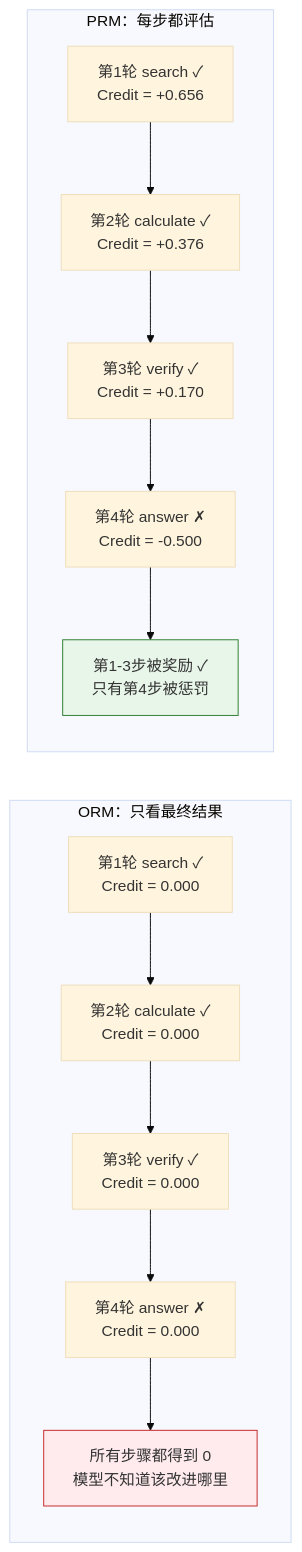
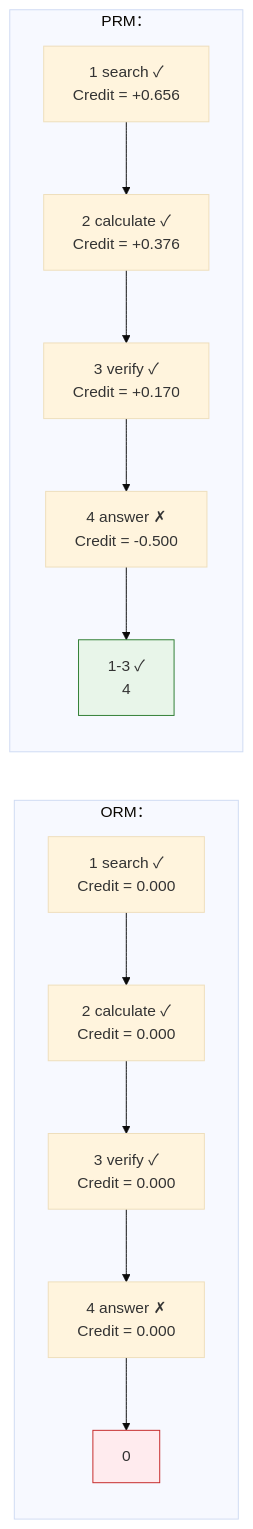
Before and after one commit to letslego/hands-on-modern-rl: the third of 4 diagrams in docs/chapter10_agentic_rl/multi-turn-rl.md, drawn with Mermaid (base theme). The commit also changed other lines of this file and 267 other files, not shown here.

````diff
--- a/docs/chapter10_agentic_rl/multi-turn-rl.md
+++ b/docs/chapter10_agentic_rl/multi-turn-rl.md
@@ -852,19 +852,19 @@
 ```mermaid
 flowchart LR
-    subgraph ORM ["ORM：只看最终结果"]
-        O1["第1轮 search ✓\nCredit = 0.000"] --> O2["第2轮 calculate ✓\nCredit = 0.000"]
-        O2 --> O3["第3轮 verify ✓\nCredit = 0.000"]
-        O3 --> O4["第4轮 answer ✗\nCredit = 0.000"]
-        O4 --> O5["所有步骤都得到 0\n模型不知道该改进哪里"]
+    subgraph ORM ["ORM："]
+        O1["1 search ✓\nCredit = 0.000"] --> O2["2 calculate ✓\nCredit = 0.000"]
+        O2 --> O3["3 verify ✓\nCredit = 0.000"]
+        O3 --> O4["4 answer ✗\nCredit = 0.000"]
+        O4 --> O5[" 0\n"]
     end
 
-    subgraph PRM ["PRM：每步都评估"]
-        P1["第1轮 search ✓\nCredit = +0.656"] --> P2["第2轮 calculate ✓\nCredit = +0.376"]
-        P2 --> P3["第3轮 verify ✓\nCredit = +0.170"]
-        P3 --> P4["第4轮 answer ✗\nCredit = -0.500"]
-        P4 --> P5["第1-3步被奖励 ✓\n只有第4步被惩罚"]
+    subgraph PRM ["PRM："]
+        P1["1 search ✓\nCredit = +0.656"] --> P2["2 calculate ✓\nCredit = +0.376"]
+        P2 --> P3["3 verify ✓\nCredit = +0.170"]
+        P3 --> P4["4 answer ✗\nCredit = -0.500"]
+        P4 --> P5["1-3 ✓\n4"]
     end
 
     style O5 fill:#ffebee,stroke:#c62828
     style P5 fill:#e8f5e9,stroke:#2e7d32
 ```
````
